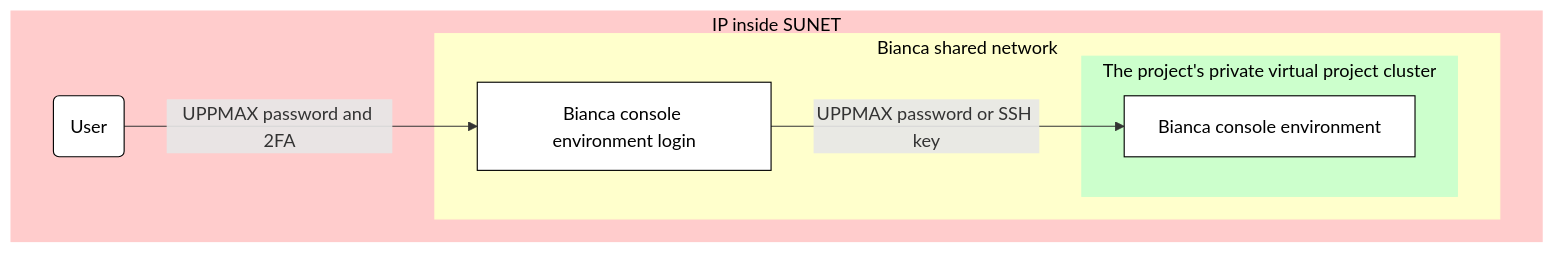
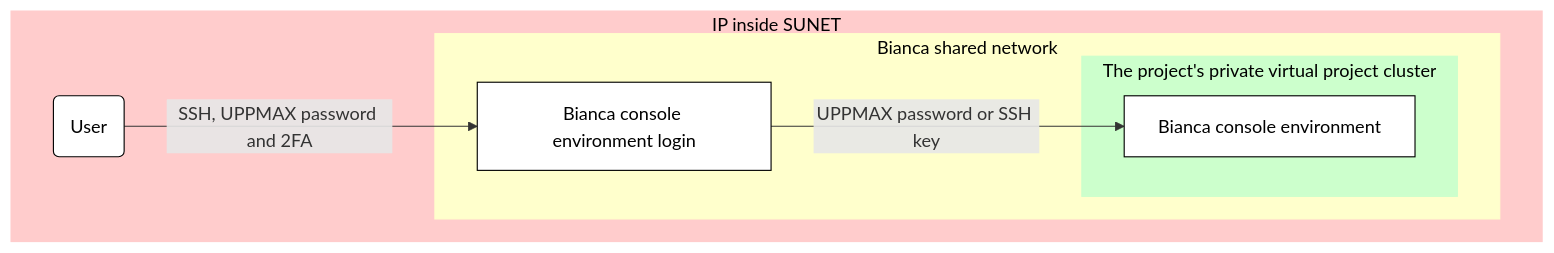
The fifth of 6 diagrams in docs/getting_started/login_bianca.md (UPPMAX/UPPMAX-documentation), drawn with Mermaid before and after one commit.

Commit message:
Show type of info needed

````diff
--- a/docs/getting_started/login_bianca.md
+++ b/docs/getting_started/login_bianca.md
@@ -527,29 +527,29 @@
 ```mermaid
 flowchart TD
 
     %% Give a white background, instead of a transparent one
     classDef node fill:#fff,color:#000,stroke:#000
 
     subgraph sub_inside[IP inside SUNET]
 
       user(User)
 
       subgraph sub_bianca_shared_env[Bianca shared network]
         bianca_shared_console[Bianca console environment login]
         subgraph sub_bianca_private_env[The project's private virtual project cluster]
           bianca_private_console[Bianca console environment]
         end
       end
     end
 
     %% Shared subgraph color scheme
     %% style sub_outside fill:#ccc,color:#000,stroke:#ccc
     style sub_inside fill:#fcc,color:#000,stroke:#fcc
     style sub_bianca_shared_env fill:#ffc,color:#000,stroke:#ffc
     style sub_bianca_private_env fill:#cfc,color:#000,stroke:#cfc
 
     %% Inside SUNET
-    user-->|UPPMAX password and 2FA|bianca_shared_console
+    user-->|SSH, UPPMAX password and 2FA|bianca_shared_console
 
     bianca_shared_console --> |UPPMAX password or SSH key|bianca_private_console
 ```
````
